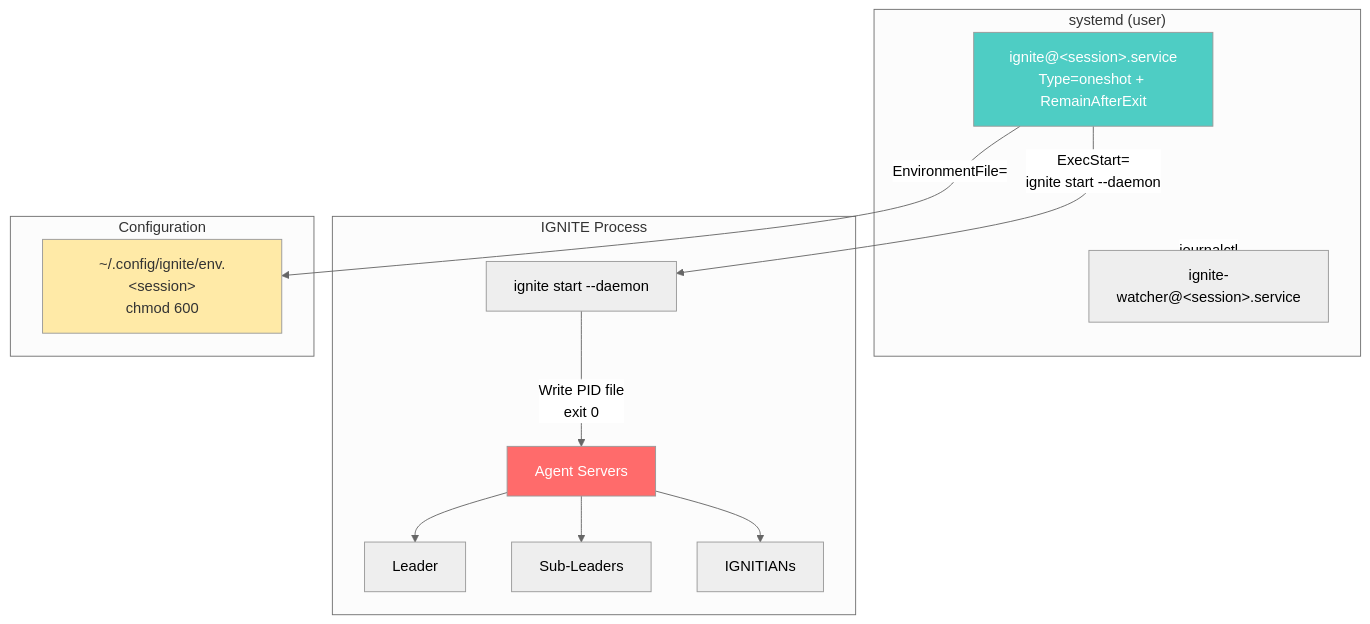
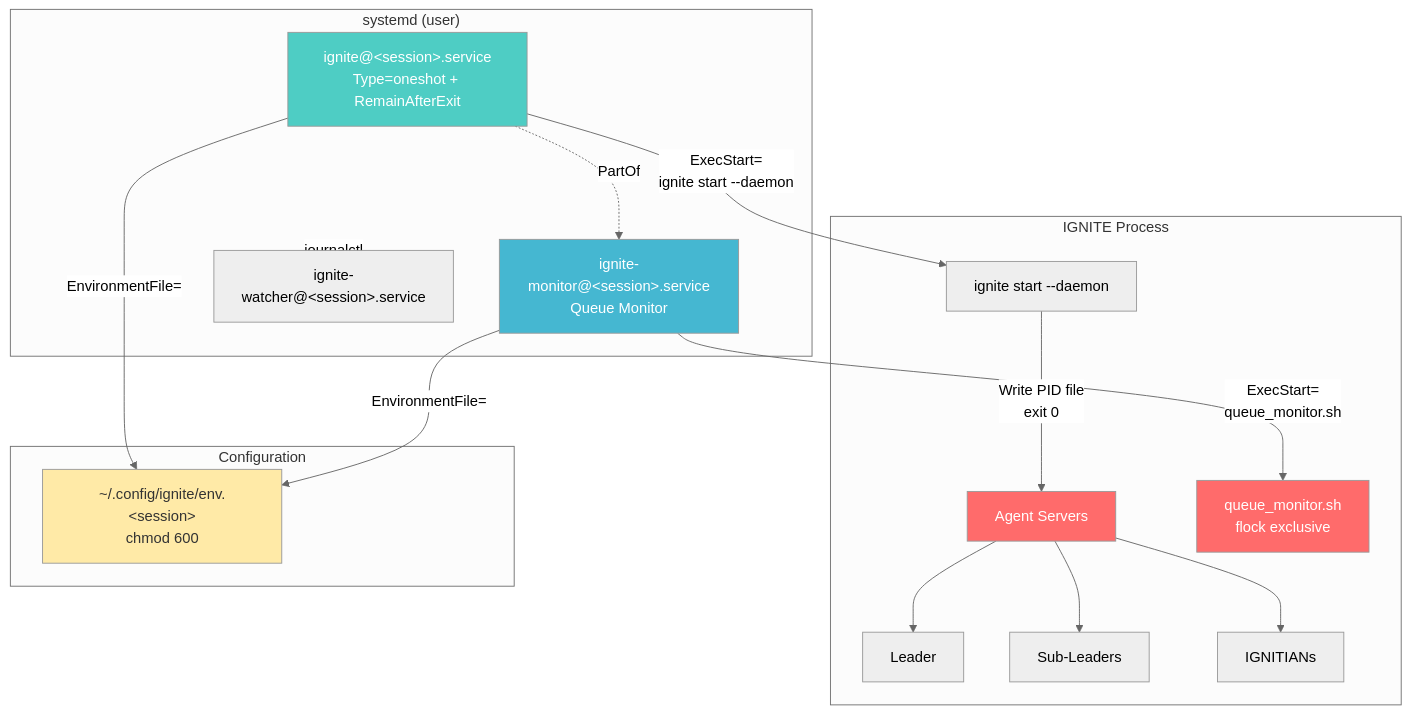
The diagram in docs/service_en.md (myfinder/IGNITE), drawn with Mermaid (neutral theme) before and after one commit. The commit also changed other lines of this file and 1 other file, not shown here.

````diff
--- a/docs/service_en.md
+++ b/docs/service_en.md
@@ -20,32 +20,39 @@
 ```mermaid
 flowchart TB
     subgraph systemd["systemd (user)"]
         Unit["ignite@&lt;session&gt;.service<br/>Type=oneshot + RemainAfterExit"]
+        Monitor["ignite-monitor@&lt;session&gt;.service<br/>Queue Monitor"]
         Watcher["ignite-watcher@&lt;session&gt;.service"]
+        Unit -.->|"PartOf"| Monitor
     end
 
     subgraph IGNITE["IGNITE Process"]
         Start["ignite start --daemon"]
         Agents["Agent Servers"]
+        QueueMon["queue_monitor.sh<br/>flock exclusive"]
         Leader["Leader"]
         SubLeaders["Sub-Leaders"]
         IGNITIANs["IGNITIANs"]
 
         Start -->|"Write PID file<br/>exit 0"| Agents
         Agents --> Leader
         Agents --> SubLeaders
         Agents --> IGNITIANs
     end
 
     subgraph Config["Configuration"]
         EnvFile["~/.config/ignite/env.&lt;session&gt;<br/>chmod 600"]
     end
 
     Unit -->|"ExecStart=<br/>ignite start --daemon"| Start
     Unit -->|"EnvironmentFile="| EnvFile
+    Monitor -->|"ExecStart=<br/>queue_monitor.sh"| QueueMon
+    Monitor -->|"EnvironmentFile="| EnvFile
     systemd -->|"journalctl"| Watcher
 
     style Unit fill:#4ecdc4,color:#fff
+    style Monitor fill:#45b7d1,color:#fff
     style Agents fill:#ff6b6b,color:#fff
+    style QueueMon fill:#ff6b6b,color:#fff
     style EnvFile fill:#ffeaa7,color:#333
 ```
````
